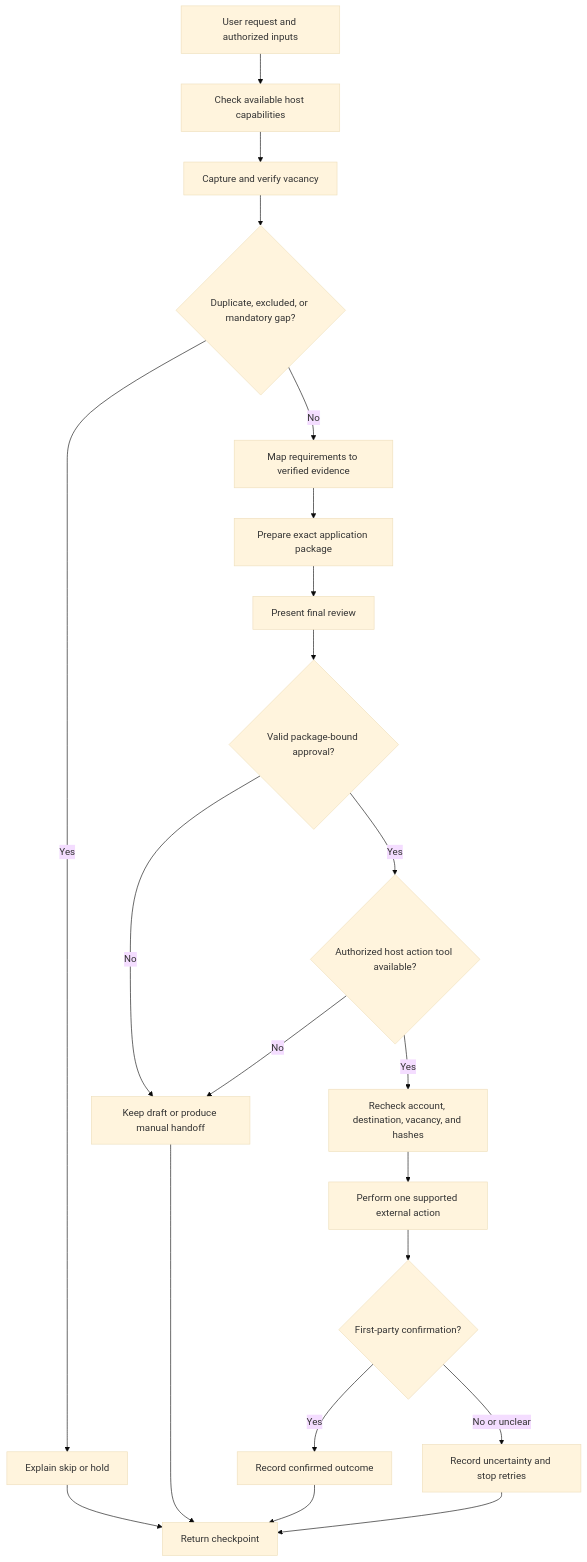
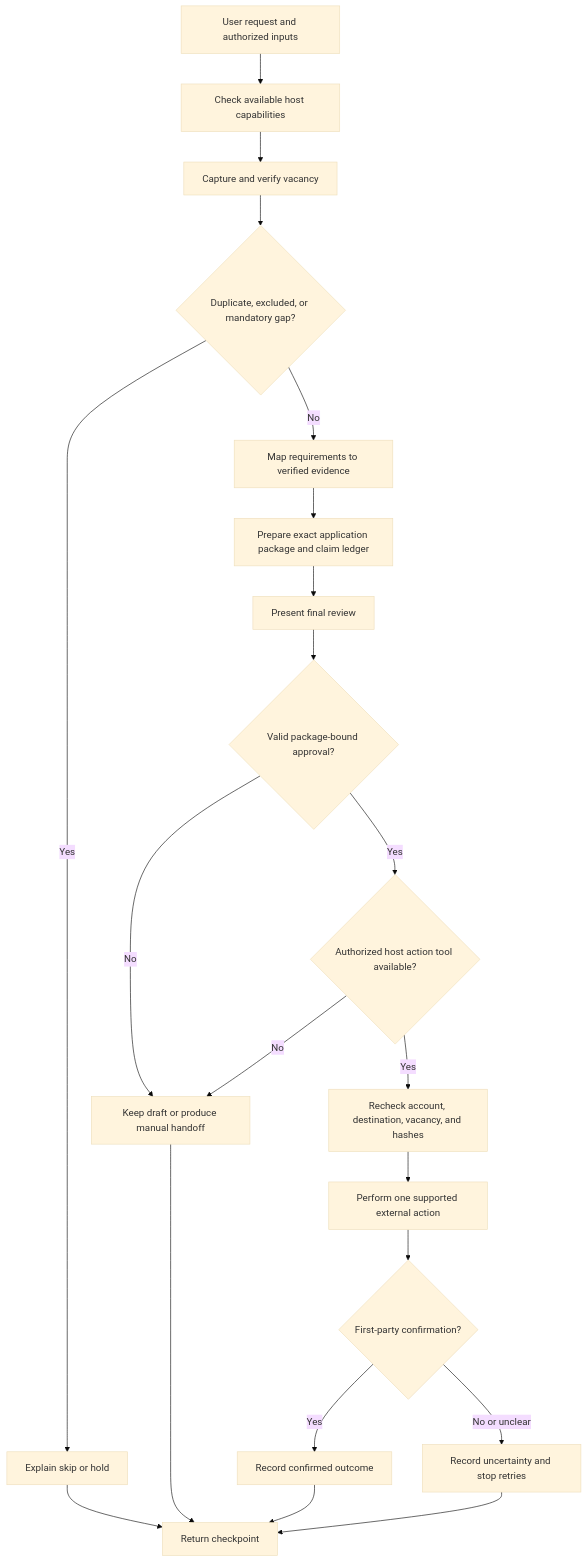
Before and after one commit to almanasifh/ai-job-apply: the diagram in docs/DESIGN.md, drawn with Mermaid (base theme). The commit also changed other lines of this file and 66 other files, not shown here.

````diff
--- a/docs/DESIGN.md
+++ b/docs/DESIGN.md
@@ -51,23 +59,23 @@
 ```mermaid
 flowchart TD
     A[User request and authorized inputs] --> B[Check available host capabilities]
     B --> C[Capture and verify vacancy]
     C --> D{Duplicate, excluded, or mandatory gap?}
     D -->|Yes| E[Explain skip or hold]
     D -->|No| F[Map requirements to verified evidence]
-    F --> G[Prepare exact application package]
+    F --> G[Prepare exact application package and claim ledger]
     G --> H[Present final review]
     H --> I{Valid package-bound approval?}
     I -->|No| J[Keep draft or produce manual handoff]
     I -->|Yes| K{Authorized host action tool available?}
     K -->|No| J
     K -->|Yes| L[Recheck account, destination, vacancy, and hashes]
     L --> M[Perform one supported external action]
     M --> N{First-party confirmation?}
     N -->|Yes| O[Record confirmed outcome]
     N -->|No or unclear| P[Record uncertainty and stop retries]
     E --> Q[Return checkpoint]
     J --> Q
     O --> Q
     P --> Q
 ```
````
